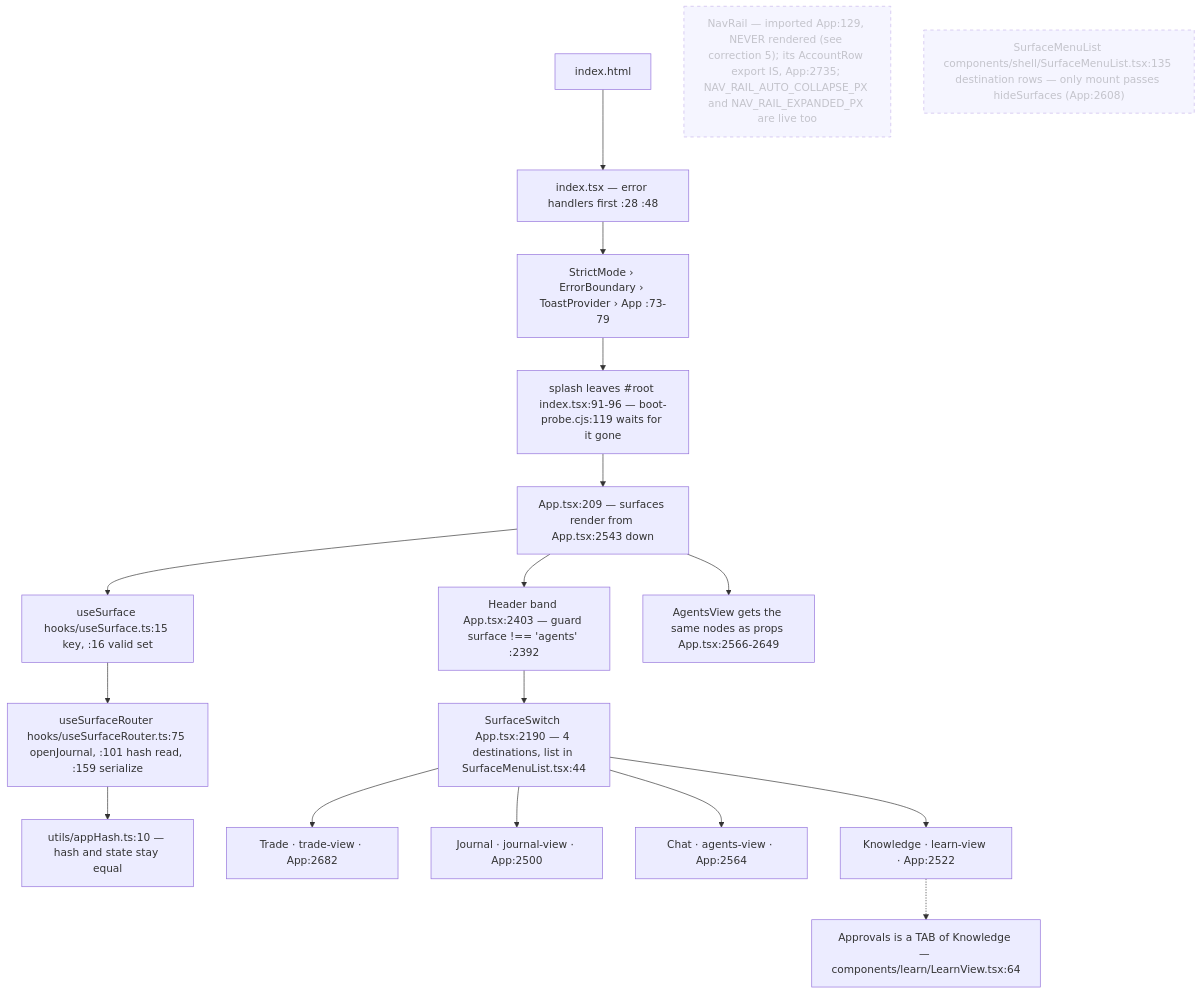
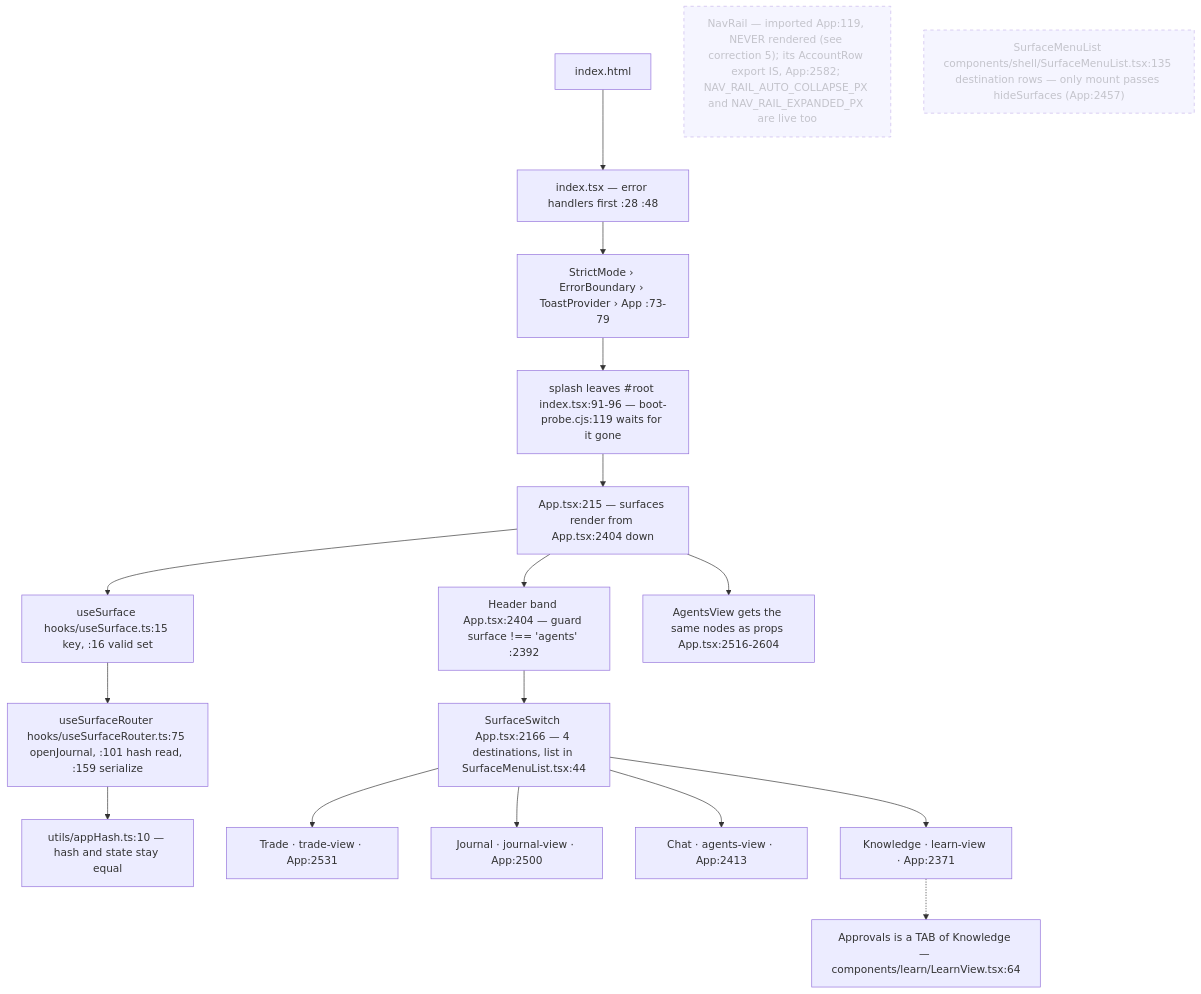
Before and after one commit to Acepay25/august-3.5: the first of 8 diagrams in docs/app-flow.md, drawn with Mermaid. The commit also changed other lines of this file and 5 other files, not shown here.

First line of the commit message:
docs(flow): re-anchor and restate the flow docs after the automation deletion

````diff
--- a/docs/app-flow.md
+++ b/docs/app-flow.md
@@ -44,21 +44,21 @@
 ```mermaid
 flowchart TD
     H["index.html"] --> I["index.tsx — error handlers first :28 :48"]
     I --> S["StrictMode › ErrorBoundary › ToastProvider › App :73-79"]
     S --> SP["splash leaves #root index.tsx:91-96 — boot-probe.cjs:119 waits for it gone"]
-    SP --> APP["App.tsx:209 — surfaces render from App.tsx:2543 down"]
+    SP --> APP["App.tsx:215 — surfaces render from App.tsx:2404 down"]
     APP --> US["useSurface hooks/useSurface.ts:15 key, :16 valid set"]
     US --> UR["useSurfaceRouter hooks/useSurfaceRouter.ts:75 openJournal, :101 hash read, :159 serialize"]
     UR --> HASH["utils/appHash.ts:10 — hash and state stay equal"]
-    APP --> HD["Header band App.tsx:2403 — guard surface !== 'agents' :2392"]
-    HD --> SW["SurfaceSwitch App.tsx:2190 — 4 destinations, list in SurfaceMenuList.tsx:44"]
-    APP --> AV["AgentsView gets the same nodes as props App.tsx:2566-2649"]
-    SW --> T["Trade · trade-view · App:2682"]
+    APP --> HD["Header band App.tsx:2404 — guard surface !== 'agents' :2392"]
+    HD --> SW["SurfaceSwitch App.tsx:2166 — 4 destinations, list in SurfaceMenuList.tsx:44"]
+    APP --> AV["AgentsView gets the same nodes as props App.tsx:2516-2604"]
+    SW --> T["Trade · trade-view · App:2531"]
     SW --> J["Journal · journal-view · App:2500"]
-    SW --> C["Chat · agents-view · App:2564"]
-    SW --> K["Knowledge · learn-view · App:2522"]
+    SW --> C["Chat · agents-view · App:2413"]
+    SW --> K["Knowledge · learn-view · App:2371"]
     K -.-> AP["Approvals is a TAB of Knowledge — components/learn/LearnView.tsx:64"]
-    NR["NavRail — imported App:129, NEVER rendered (see correction 5); its AccountRow export IS, App:2735; NAV_RAIL_AUTO_COLLAPSE_PX and NAV_RAIL_EXPANDED_PX are live too"]:::dead
-    SM["SurfaceMenuList components/shell/SurfaceMenuList.tsx:135 destination rows — only mount passes hideSurfaces (App:2608)"]:::dead
+    NR["NavRail — imported App:119, NEVER rendered (see correction 5); its AccountRow export IS, App:2582; NAV_RAIL_AUTO_COLLAPSE_PX and NAV_RAIL_EXPANDED_PX are live too"]:::dead
+    SM["SurfaceMenuList components/shell/SurfaceMenuList.tsx:135 destination rows — only mount passes hideSurfaces (App:2457)"]:::dead
     classDef dead stroke-dasharray: 5 5,opacity:.5
 ```
````
